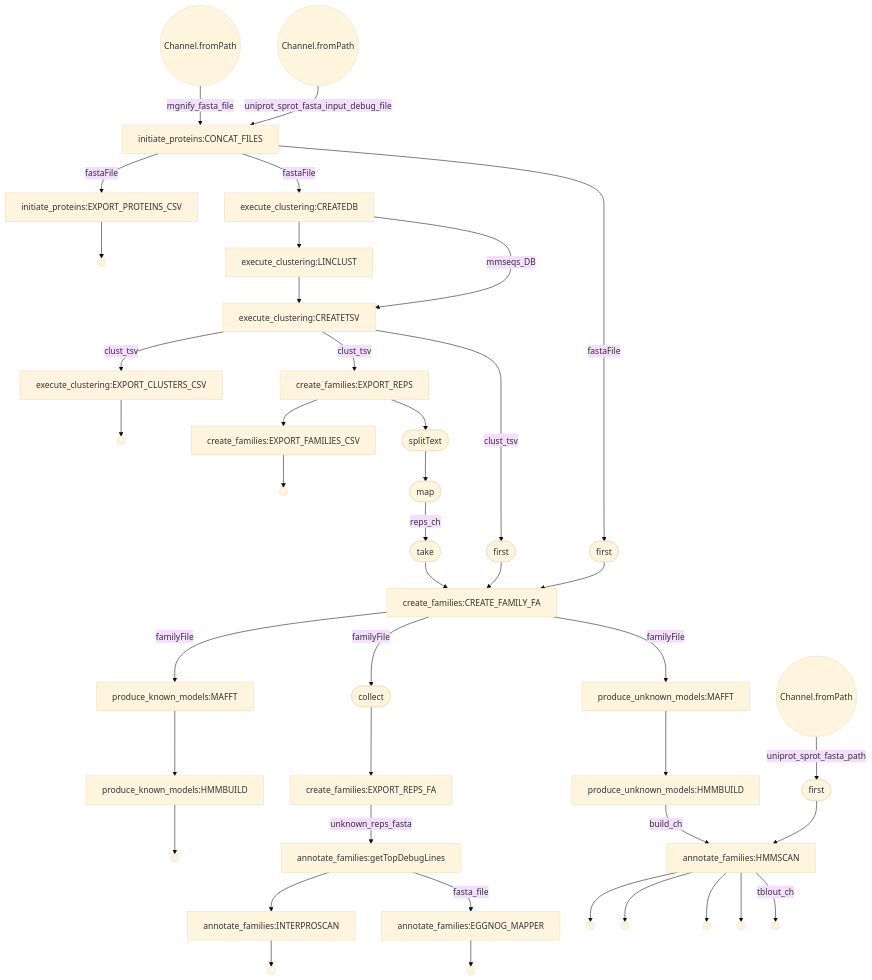
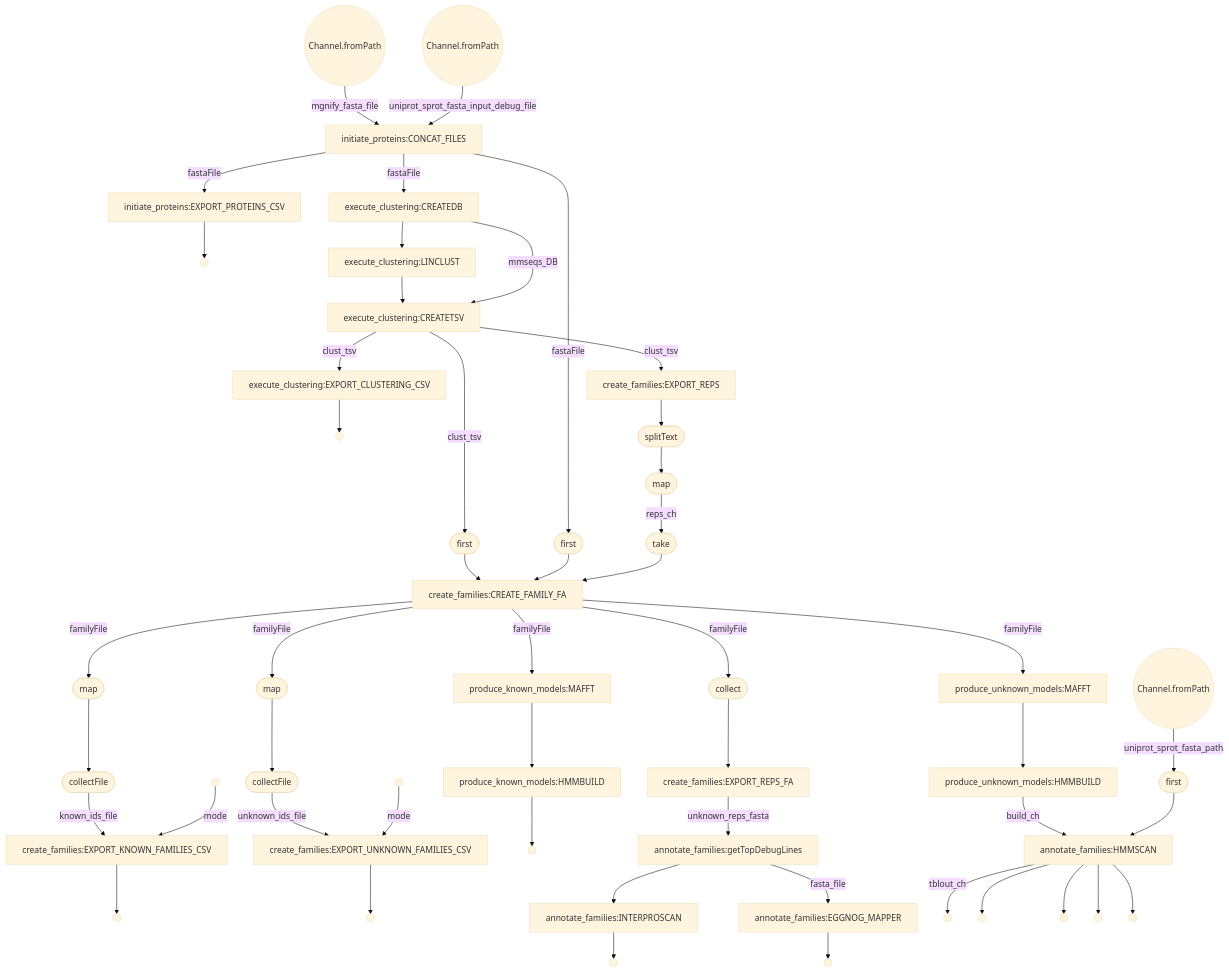
The diagram in flowchart_main.mmd (EBI-Metagenomics/mgnifams), drawn with Mermaid (base theme) before and after one commit. The commit also changed 7 other files, not shown here.

Commit message:
split known-unknown family CSV exports

```diff
--- a/flowchart_main.mmd
+++ b/flowchart_main.mmd
@@ -1,81 +1,97 @@
 flowchart TD
     p0((Channel.fromPath))
     p1((Channel.fromPath))
     p2[initiate_proteins:CONCAT_FILES]
     p3[initiate_proteins:EXPORT_PROTEINS_CSV]
     p4(( ))
     p5[execute_clustering:CREATEDB]
     p6[execute_clustering:LINCLUST]
     p7[execute_clustering:CREATETSV]
-    p8[execute_clustering:EXPORT_CLUSTERS_CSV]
+    p8[execute_clustering:EXPORT_CLUSTERING_CSV]
     p9(( ))
     p10[create_families:EXPORT_REPS]
-    p11[create_families:EXPORT_FAMILIES_CSV]
-    p12(( ))
-    p13([splitText])
-    p14([map])
-    p15([first])
-    p16([first])
-    p17([take])
-    p18[create_families:CREATE_FAMILY_FA]
-    p19([collect])
-    p20[create_families:EXPORT_REPS_FA]
-    p21[produce_unknown_models:MAFFT]
-    p22[produce_unknown_models:HMMBUILD]
-    p23[produce_known_models:MAFFT]
-    p24[produce_known_models:HMMBUILD]
-    p25(( ))
-    p26((Channel.fromPath))
-    p27[annotate_families:getTopDebugLines]
-    p28[annotate_families:INTERPROSCAN]
-    p29(( ))
-    p30[annotate_families:EGGNOG_MAPPER]
-    p31(( ))
-    p32([first])
-    p33[annotate_families:HMMSCAN]
-    p34(( ))
-    p35(( ))
-    p36(( ))
+    p11([splitText])
+    p12([map])
+    p13([first])
+    p14([first])
+    p15([take])
+    p16[create_families:CREATE_FAMILY_FA]
+    p17([map])
+    p18([collectFile])
+    p19(( ))
+    p20[create_families:EXPORT_KNOWN_FAMILIES_CSV]
+    p21(( ))
+    p22([collect])
+    p23[create_families:EXPORT_REPS_FA]
+    p24([map])
+    p25([collectFile])
+    p26(( ))
+    p27[create_families:EXPORT_UNKNOWN_FAMILIES_CSV]
+    p28(( ))
+    p29[produce_unknown_models:MAFFT]
+    p30[produce_unknown_models:HMMBUILD]
+    p31[produce_known_models:MAFFT]
+    p32[produce_known_models:HMMBUILD]
+    p33(( ))
+    p34((Channel.fromPath))
+    p35[annotate_families:getTopDebugLines]
+    p36[annotate_families:INTERPROSCAN]
     p37(( ))
-    p38(( ))
+    p38[annotate_families:EGGNOG_MAPPER]
+    p39(( ))
+    p40([first])
+    p41[annotate_families:HMMSCAN]
+    p42(( ))
+    p43(( ))
+    p44(( ))
+    p45(( ))
+    p46(( ))
     p0 -->|mgnify_fasta_file| p2
     p1 -->|uniprot_sprot_fasta_input_debug_file| p2
     p2 -->|fastaFile| p3
     p3 --> p4
     p2 -->|fastaFile| p5
     p5 --> p6
     p6 --> p7
     p5 -->|mmseqs_DB| p7
     p7 -->|clust_tsv| p8
     p8 --> p9
     p7 -->|clust_tsv| p10
     p10 --> p11
     p11 --> p12
-    p10 --> p13
-    p13 --> p14
-    p14 -->|reps_ch| p17
-    p7 -->|clust_tsv| p15
-    p15 --> p18
-    p2 -->|fastaFile| p16
-    p16 --> p18
+    p12 -->|reps_ch| p15
+    p7 -->|clust_tsv| p13
+    p13 --> p16
+    p2 -->|fastaFile| p14
+    p14 --> p16
+    p15 --> p16
+    p16 -->|familyFile| p17
+    p16 -->|familyFile| p22
     p17 --> p18
-    p18 -->|familyFile| p23
-    p18 -->|familyFile| p19
-    p19 --> p20
-    p20 -->|unknown_reps_fasta| p27
-    p18 -->|familyFile| p21
-    p21 --> p22
-    p22 -->|build_ch| p33
-    p23 --> p24
+    p18 -->|known_ids_file| p20
+    p19 -->|mode| p20
+    p20 --> p21
+    p22 --> p23
+    p23 -->|unknown_reps_fasta| p35
+    p16 -->|familyFile| p24
     p24 --> p25
-    p26 -->|uniprot_sprot_fasta_path| p32
+    p25 -->|unknown_ids_file| p27
+    p26 -->|mode| p27
     p27 --> p28
-    p28 --> p29
-    p27 -->|fasta_file| p30
-    p30 --> p31
+    p16 -->|familyFile| p29
+    p29 --> p30
+    p30 -->|build_ch| p41
+    p16 -->|familyFile| p31
+    p31 --> p32
     p32 --> p33
-    p33 --> p38
-    p33 --> p37
-    p33 --> p36
-    p33 --> p35
-    p33 -->|tblout_ch| p34
+    p34 -->|uniprot_sprot_fasta_path| p40
+    p35 --> p36
+    p36 --> p37
+    p35 -->|fasta_file| p38
+    p38 --> p39
+    p40 --> p41
+    p41 --> p46
+    p41 --> p45
+    p41 --> p44
+    p41 --> p43
+    p41 -->|tblout_ch| p42
```
